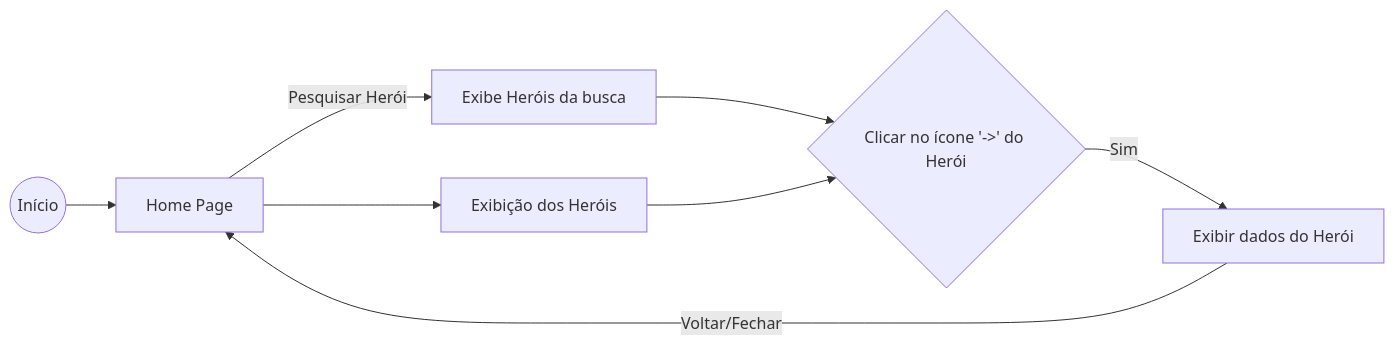
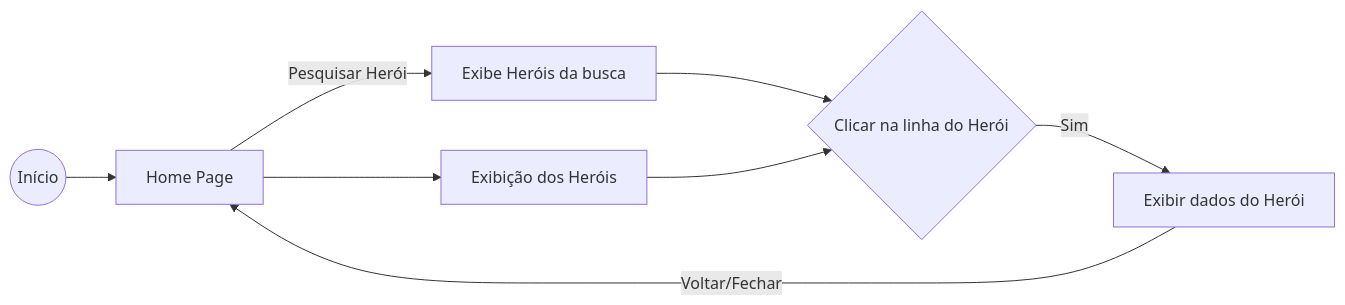
Before and after one commit to otaviotfcunha/herois_marvel: the diagram in README.md, drawn with Mermaid. The commit also changed 3 other files, not shown here.

````diff
--- a/README.md
+++ b/README.md
@@ -26,10 +26,10 @@
 ```mermaid
 graph LR
 A((Início)) --> B[Home Page]
 B -- Pesquisar Herói --> C[Exibe Heróis da busca]
 C --> E
 B-->D[Exibição dos Heróis]
-D-->E{Clicar no ícone '->' do Herói}
+D-->E{Clicar na linha do Herói}
 E --Sim--> F[Exibir dados do Herói]
 F --Voltar/Fechar-->B
 ```
````
